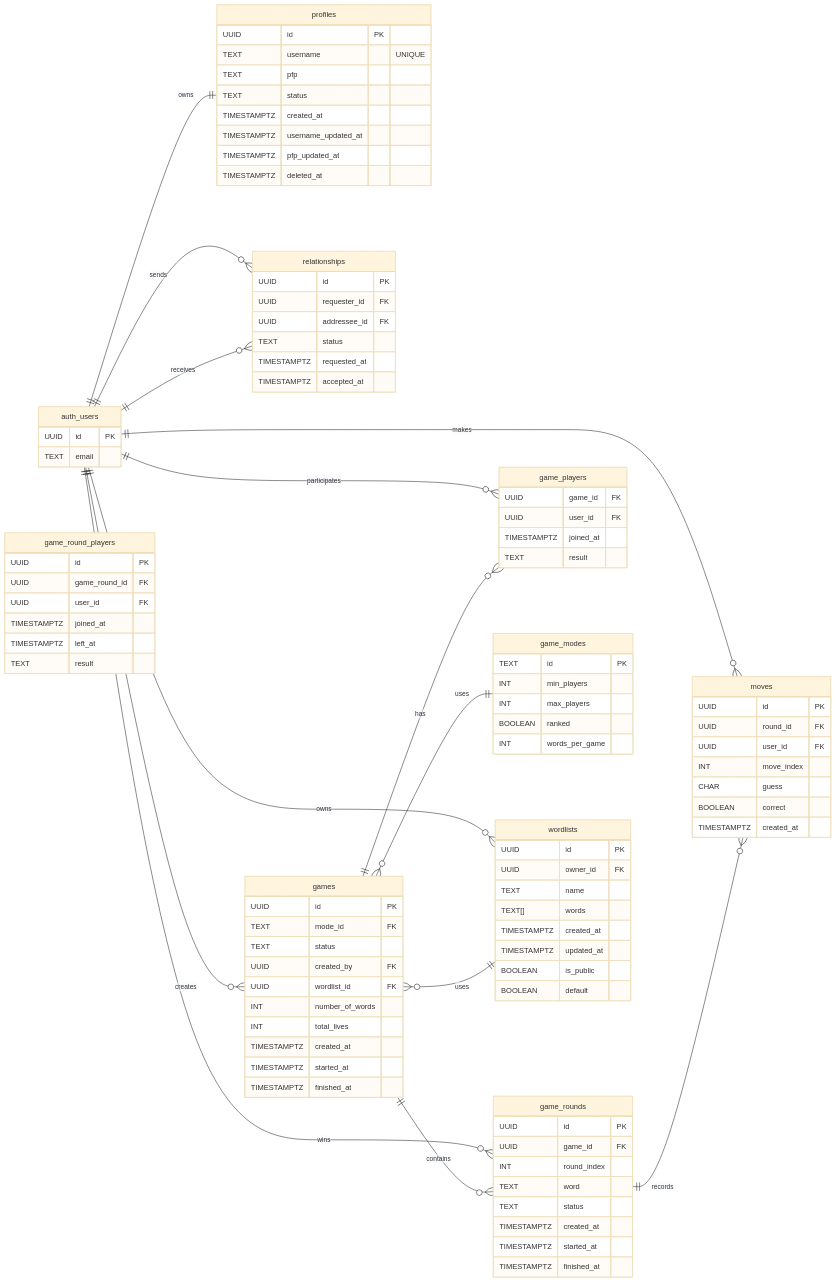
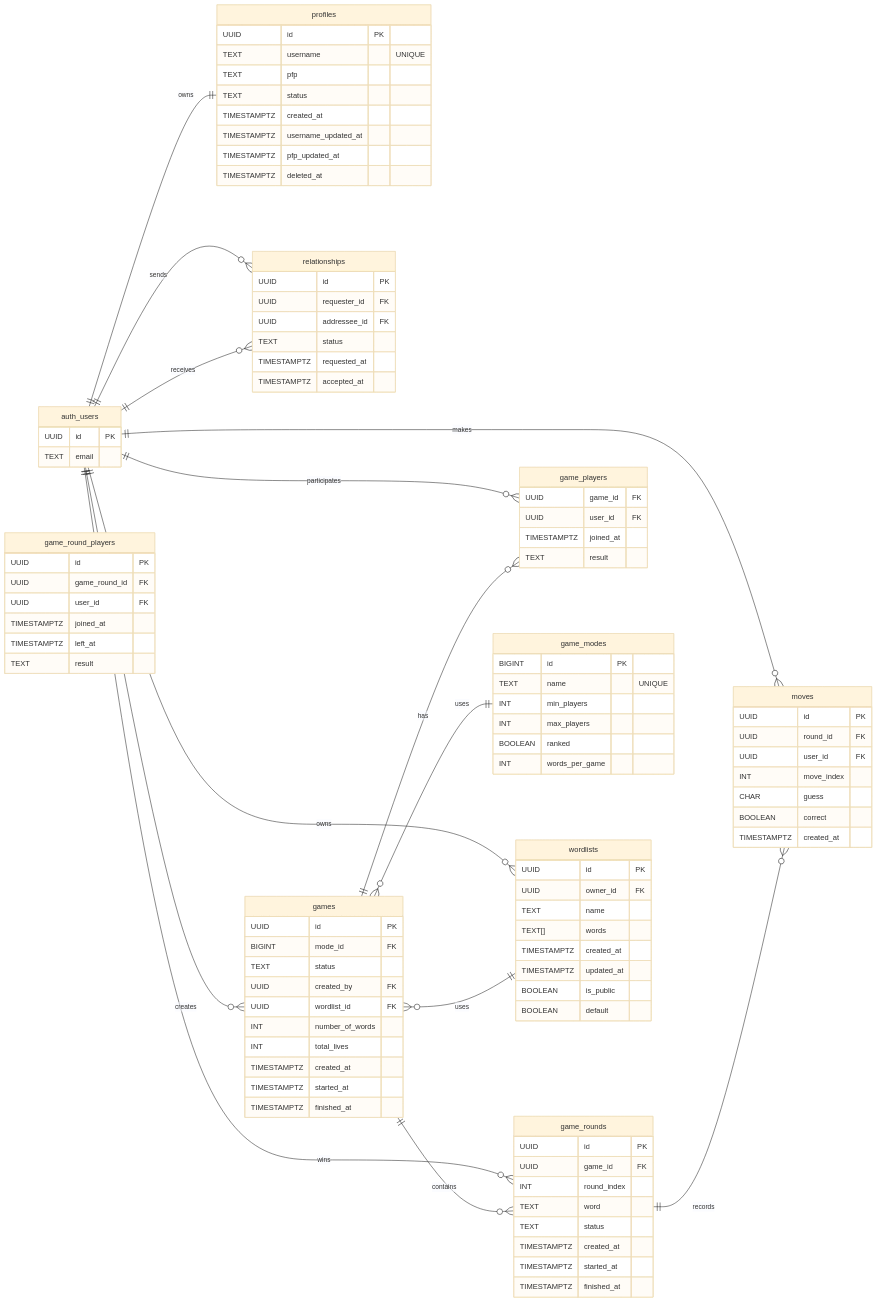
Before and after one commit to abbasnadir/hangman-v2: the diagram in design/dbDesign.md, drawn with Mermaid (base theme). The commit also changed 2 other files, not shown here.

Commit message:
Updated the table games

```diff
--- a/design/dbDesign.md
+++ b/design/dbDesign.md
@@ -28,7 +28,7 @@
 
     games {
         UUID id PK
-        TEXT mode_id FK
+        BIGINT mode_id FK
         TEXT status
         UUID created_by FK
         UUID wordlist_id FK
@@ -77,7 +77,8 @@
     }
 
     game_modes {
-        TEXT id PK
+        BIGINT id PK
+        TEXT name "UNIQUE"
         INT min_players
         INT max_players
         BOOLEAN ranked
```
